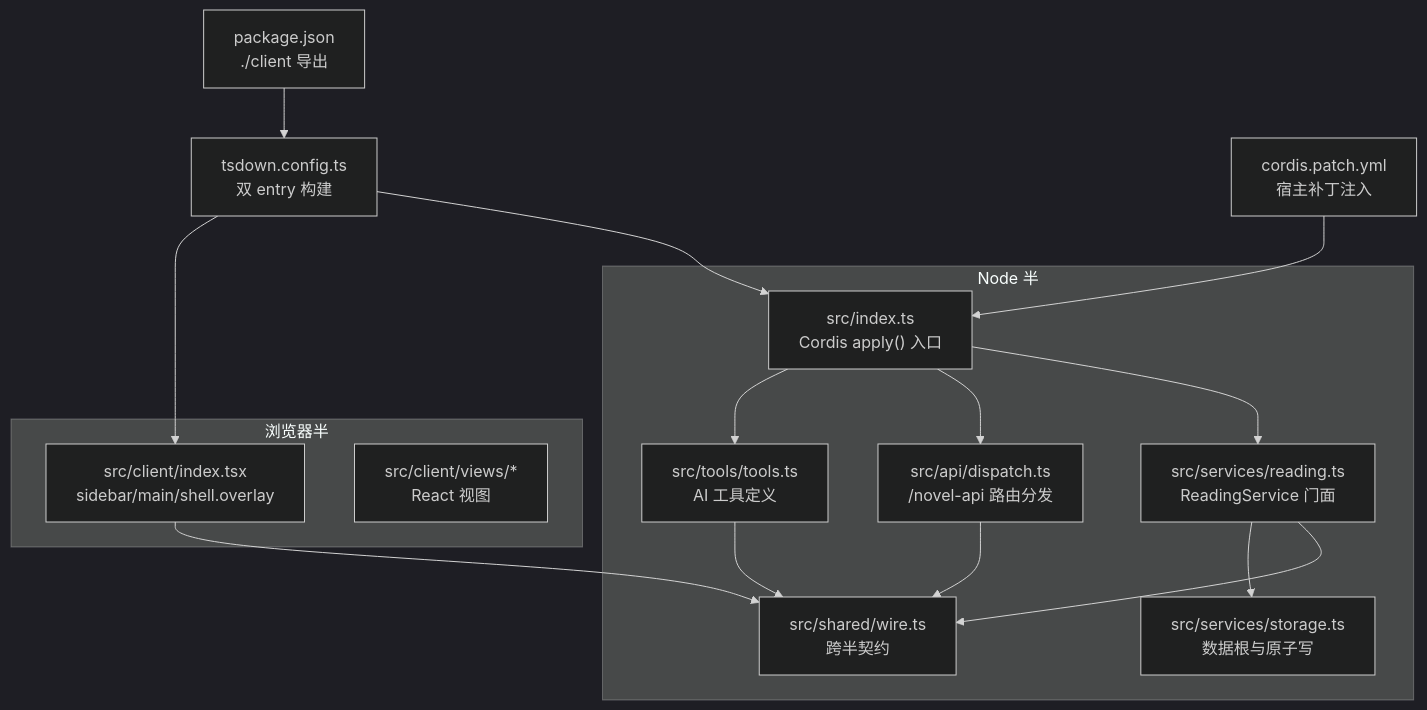
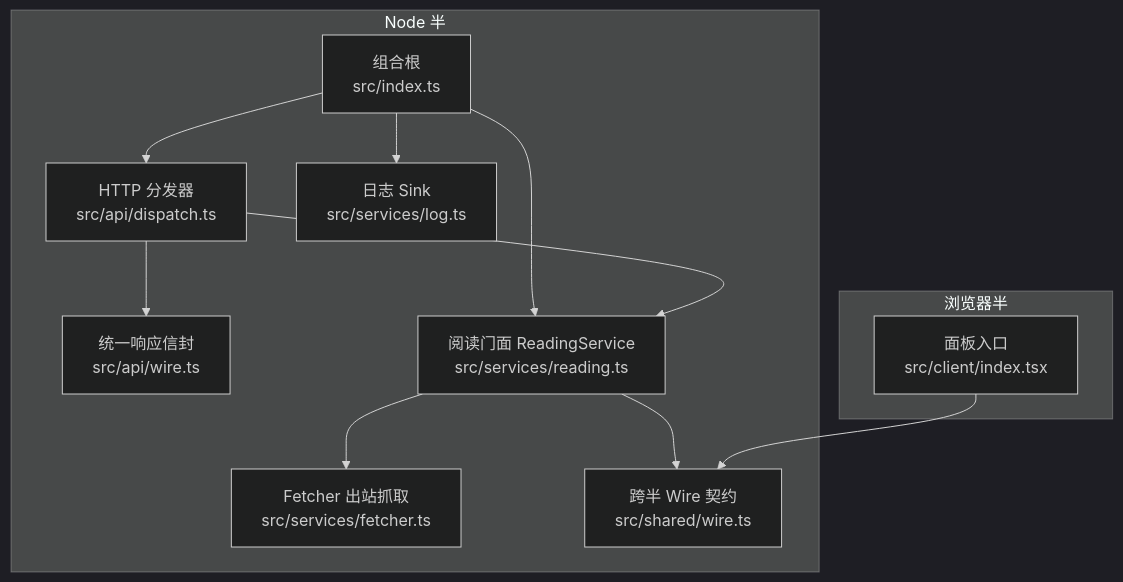
Before and after one commit to xrn1997/dsh-novel: the first of 9 diagrams in .qoder/repowiki/zh/content/架构总览.md, drawn with Mermaid (dark theme). The commit also changed other lines of this file and 73 other files, not shown here.

````diff
--- a/.qoder/repowiki/zh/content/架构总览.md
+++ b/.qoder/repowiki/zh/content/架构总览.md
@@ -40,33 +35,25 @@
 ```mermaid
 graph TB
   subgraph "Node 半"
-    I["src/index.ts<br/>Cordis apply() 入口"]
-    S["src/services/reading.ts<br/>ReadingService 门面"]
-    A["src/api/dispatch.ts<br>/novel-api 路由分发"]
-    T["src/tools/tools.ts<br/>AI 工具定义"]
-    W["src/shared/wire.ts<br/>跨半契约"]
-    ST["src/services/storage.ts<br/>数据根与原子写"]
+    A["组合根<br/>src/index.ts"]
+    B["HTTP 分发器<br/>src/api/dispatch.ts"]
+    C["统一响应信封<br/>src/api/wire.ts"]
+    D["阅读门面 ReadingService<br/>src/services/reading.ts"]
+    E["Fetcher 出站抓取<br/>src/services/fetcher.ts"]
+    F["日志 Sink<br/>src/services/log.ts"]
+    G["跨半 Wire 契约<br/>src/shared/wire.ts"]
   end
 
   subgraph "浏览器半"
-    C["src/client/index.tsx<br/>sidebar/main/shell.overlay"]
-    V["src/client/views/*<br/>React 视图"]
+    H["面板入口<br/>src/client/index.tsx"]
   end
 
-  P["package.json<br/>./client 导出"]
-  D["tsdown.config.ts<br/>双 entry 构建"]
-  H["cordis.patch.yml<br/>宿主补丁注入"]
-
-  I --> S
-  I --> A
-  I --> T
-  A --> W
-  S --> W
-  T --> W
-  S --> ST
-  C --> W
-  D --> I
-  D --> C
-  P --> D
-  H --> I
+  A --> B
+  A --> D
+  A --> F
+  B --> D
+  B --> C
+  D --> E
+  D --> G
+  H --> G
 ```
````
